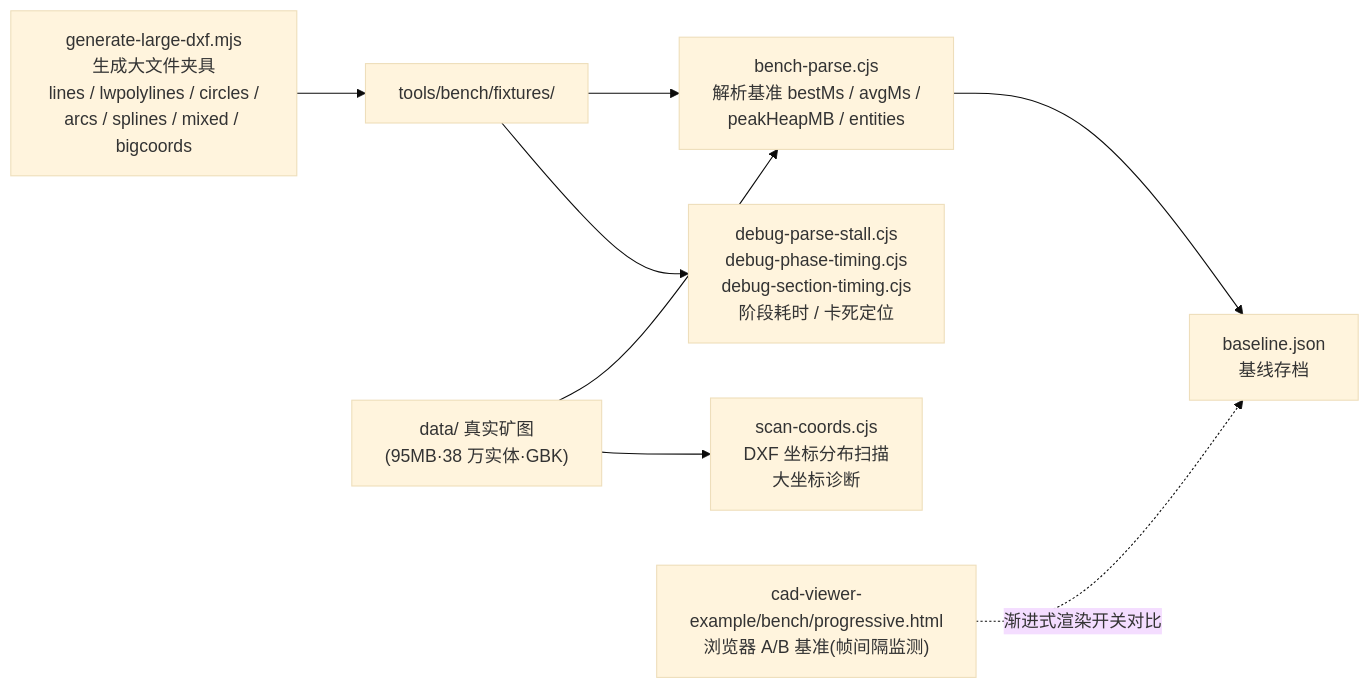
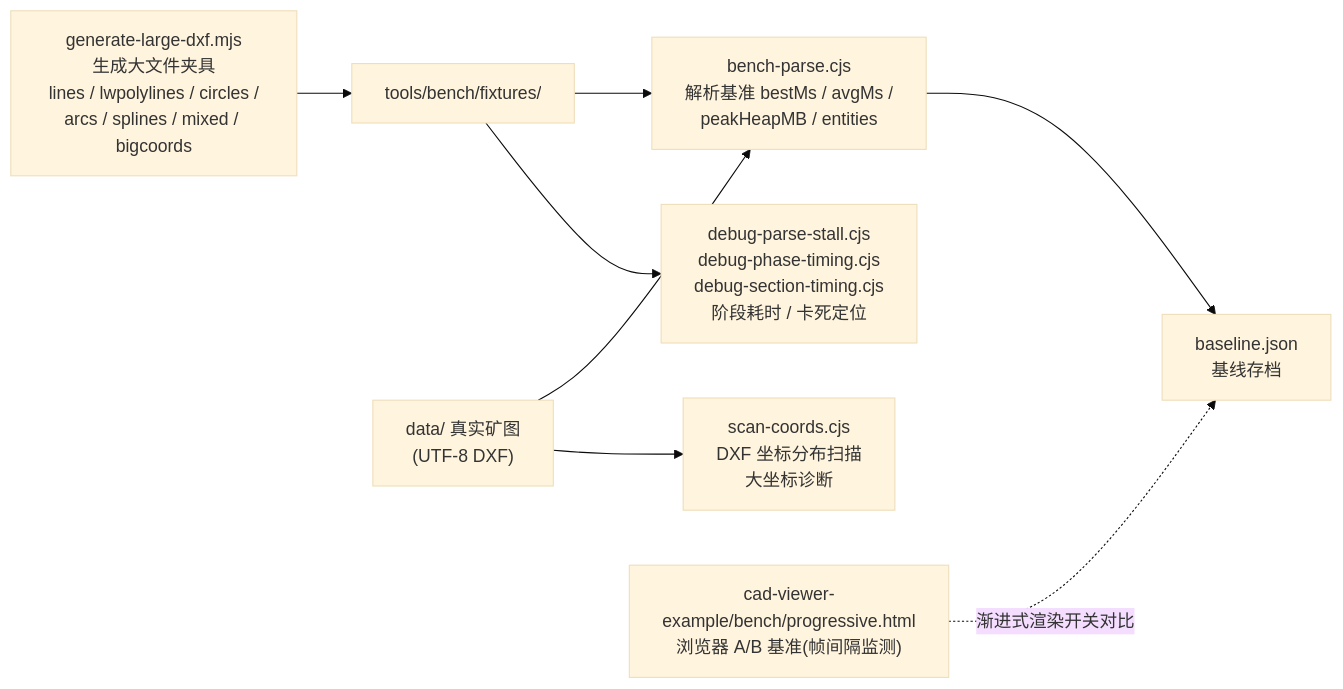
Before and after one commit to FromSouthToNorth/web-cad: the eighth of 9 diagrams in docs/01-架构设计/架构图.md, drawn with Mermaid (base theme). The commit also changed other lines of this file and 35 other files, not shown here.

First line of the commit message:
refactor(data-model): DXF 解析收敛为 UTF-8-only 字节级读取

````diff
--- a/docs/01-架构设计/架构图.md
+++ b/docs/01-架构设计/架构图.md
@@ -288,17 +288,17 @@
 ```mermaid
 flowchart LR
     GEN["generate-large-dxf.mjs<br/>生成大文件夹具<br/>lines / lwpolylines / circles /<br/>arcs / splines / mixed / bigcoords"]
     FIX["tools/bench/fixtures/"]
     BENCH["bench-parse.cjs<br/>解析基准 bestMs / avgMs /<br/>peakHeapMB / entities"]
     BASE["baseline.json<br/>基线存档"]
     SCAN["scan-coords.cjs<br/>DXF 坐标分布扫描<br/>大坐标诊断"]
     DBG["debug-parse-stall.cjs<br/>debug-phase-timing.cjs<br/>debug-section-timing.cjs<br/>阶段耗时 / 卡死定位"]
-    REAL["data/ 真实矿图<br/>(95MB·38 万实体·GBK)"]
+    REAL["data/ 真实矿图<br/>(UTF-8 DXF)"]
     AB["cad-viewer-example/bench/progressive.html<br/>浏览器 A/B 基准(帧间隔监测)"]
 
     GEN --> FIX --> BENCH --> BASE
     REAL --> BENCH
     REAL --> SCAN
     FIX --> DBG
     AB -.->|"渐进式渲染开关对比"| BASE
 ```
````
